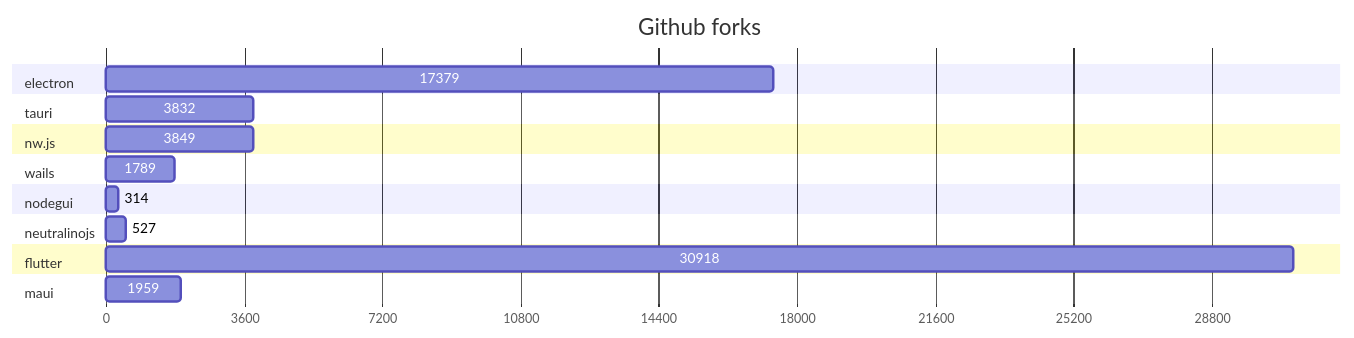
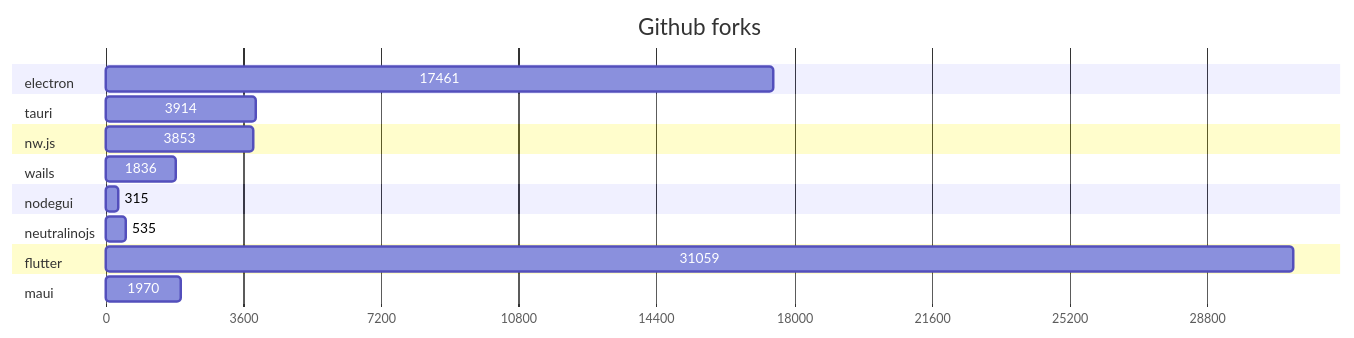
The second of 2 diagrams in GRAPHS.md (Elanis/web-to-desktop-framework-comparison), drawn with Mermaid before and after one commit. The commit also changed other lines of this file and 2 other files, not shown here.

Commit message:
Update stars & Fork

````diff
--- a/GRAPHS.md
+++ b/GRAPHS.md
@@ -47,40 +47,40 @@
 ```mermaid
 gantt
     title Github forks
     dateFormat  X
     axisFormat %s
 
 
 	section electron
-	17379 : 0, 17379
+	17461 : 0, 17461
 
 	
 	section tauri
-	3832 : 0, 3832
+	3914 : 0, 3914
 
 	
 	section nw.js
-	3849 : 0, 3849
+	3853 : 0, 3853
 
 	
 	section wails
-	1789 : 0, 1789
+	1836 : 0, 1836
 
 	
 	section nodegui
-	314 : 0, 314
+	315 : 0, 315
 
 	
 	section neutralinojs
-	527 : 0, 527
+	535 : 0, 535
 
 	
 	section flutter
-	30918 : 0, 30918
+	31059 : 0, 31059
 
 	
 	section maui
-	1959 : 0, 1959
+	1970 : 0, 1970
 
 	
 ```
````
